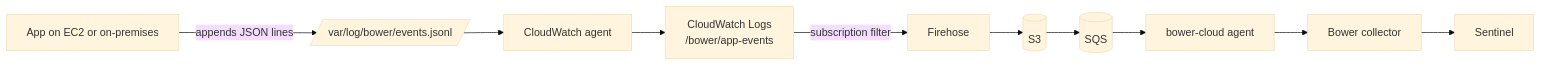
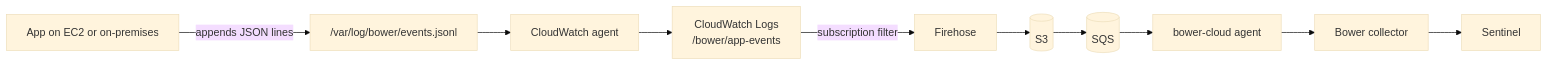
One commit to jusso-dev/Bower changed the diagram in docs/getting-started/aws-cloudwatch-agent.md. Above: the diagram before and after it, drawn with Mermaid (base theme). The commit also changed 6 other files, not shown here.

````diff
--- a/docs/getting-started/aws-cloudwatch-agent.md
+++ b/docs/getting-started/aws-cloudwatch-agent.md
@@ -8,7 +8,7 @@
 ```mermaid
 flowchart LR
-    APP[App on EC2 or on-premises] -->|appends JSON lines| F[/var/log/bower/events.jsonl/]
+    APP[App on EC2 or on-premises] -->|appends JSON lines| F["/var/log/bower/events.jsonl"]
     F --> CWA[CloudWatch agent] --> CWL[CloudWatch Logs<br/>/bower/app-events]
     CWL -->|subscription filter| FH[Firehose] --> S3[(S3)] --> Q[(SQS)]
     Q --> AG[bower-cloud agent] --> C[Bower collector] --> S[Sentinel]
 ```
````
